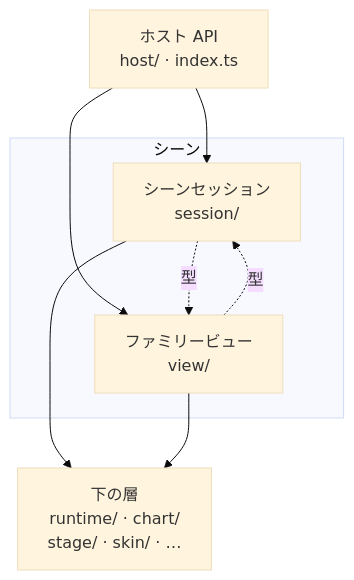
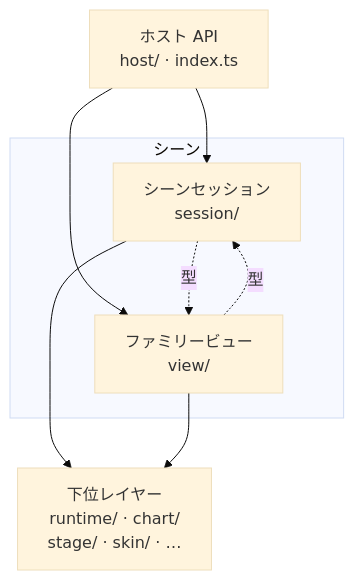
Before and after one commit to nulltask/be-music: diagram 14 of 15 in docs/player-web.ja.md, drawn with Mermaid (base theme). The commit also changed other lines of this file and 19 other files, not shown here.

````diff
--- a/docs/player-web.ja.md
+++ b/docs/player-web.ja.md
@@ -678,15 +678,15 @@
 ```mermaid
 flowchart TD
   host["ホスト API<br/>host/ · index.ts"]
   subgraph scenes [シーン]
     session["シーンセッション<br/>session/"]
     view["ファミリービュー<br/>view/"]
   end
-  lower["下の層<br/>runtime/ · chart/<br/>stage/ · skin/ · …"]
+  lower["下位レイヤー<br/>runtime/ · chart/<br/>stage/ · skin/ · …"]
   host --> session
   host --> view
   session -. 型 .-> view
   view -. 型 .-> session
   session --> lower
   view --> lower
 ```
````
